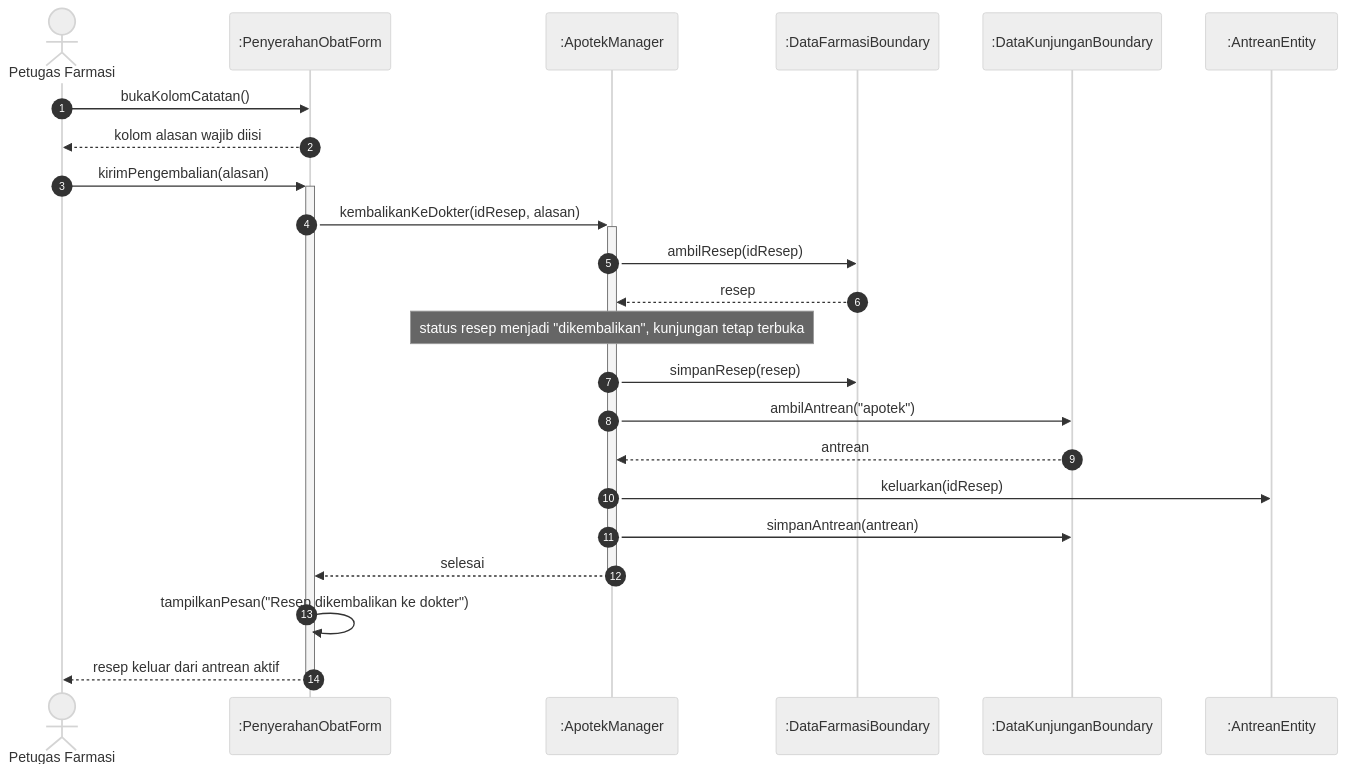
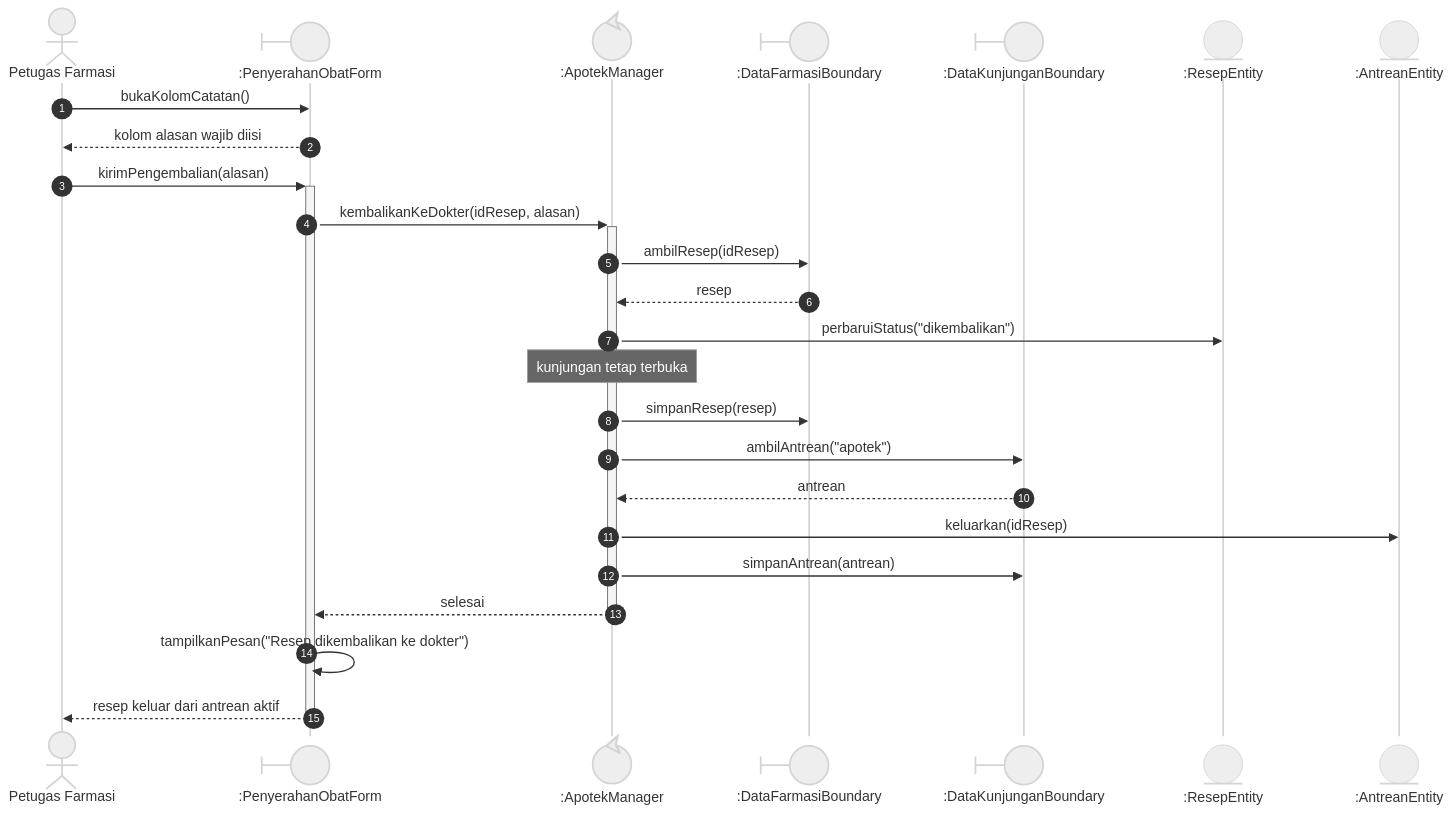
The diagram in docs/M7/assets/diagram/src/sequence-uc07-alt1.mmd (angseleong/IF2150-RPL-K02-G09), drawn with Mermaid (neutral theme) before and after one commit. The commit also changed 54 other files, not shown here.

Commit message:
docs(m7): gambar ulang sequence UC07-UC12 dengan notasi BCE dan pangkas diagram kelas

```diff
--- a/docs/M7/assets/diagram/src/sequence-uc07-alt1.mmd
+++ b/docs/M7/assets/diagram/src/sequence-uc07-alt1.mmd
@@ -1,23 +1,25 @@
 sequenceDiagram
   autonumber
   actor A as Petugas Farmasi
-  participant PenyerahanObatForm as :PenyerahanObatForm
-  participant ApotekManager as :ApotekManager
-  participant DataFarmasiBoundary as :DataFarmasiBoundary
-  participant DataKunjunganBoundary as :DataKunjunganBoundary
-  participant AntreanEntity as :AntreanEntity
+  participant PenyerahanObatForm@{ "type": "boundary" } as :PenyerahanObatForm
+  participant ApotekManager@{ "type": "control" } as :ApotekManager
+  participant DataFarmasiBoundary@{ "type": "boundary" } as :DataFarmasiBoundary
+  participant DataKunjunganBoundary@{ "type": "boundary" } as :DataKunjunganBoundary
+  participant ResepEntity@{ "type": "entity" } as :ResepEntity
+  participant AntreanEntity@{ "type": "entity" } as :AntreanEntity
   A->>PenyerahanObatForm: bukaKolomCatatan()
   PenyerahanObatForm-->>A: kolom alasan wajib diisi
   A->>+PenyerahanObatForm: kirimPengembalian(alasan)
   PenyerahanObatForm->>+ApotekManager: kembalikanKeDokter(idResep, alasan)
   ApotekManager->>DataFarmasiBoundary: ambilResep(idResep)
   DataFarmasiBoundary-->>ApotekManager: resep
-  Note over ApotekManager: status resep menjadi "dikembalikan", kunjungan tetap terbuka
+  ApotekManager->>ResepEntity: perbaruiStatus("dikembalikan")
+  Note over ApotekManager: kunjungan tetap terbuka
   ApotekManager->>DataFarmasiBoundary: simpanResep(resep)
   ApotekManager->>DataKunjunganBoundary: ambilAntrean("apotek")
   DataKunjunganBoundary-->>ApotekManager: antrean
   ApotekManager->>AntreanEntity: keluarkan(idResep)
   ApotekManager->>DataKunjunganBoundary: simpanAntrean(antrean)
   ApotekManager-->>-PenyerahanObatForm: selesai
   PenyerahanObatForm->>PenyerahanObatForm: tampilkanPesan("Resep dikembalikan ke dokter")
   PenyerahanObatForm-->>-A: resep keluar dari antrean aktif
```
